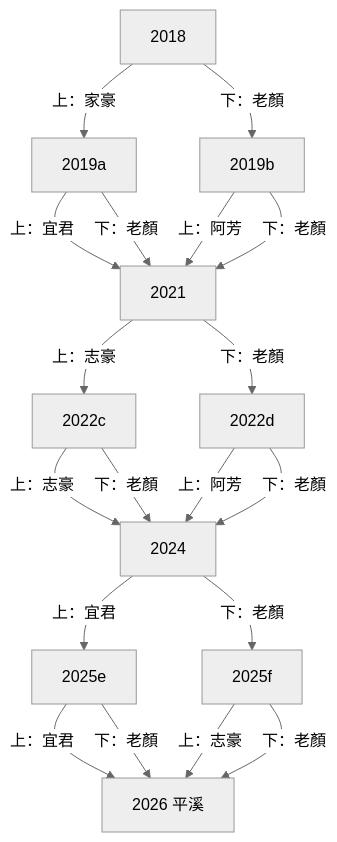
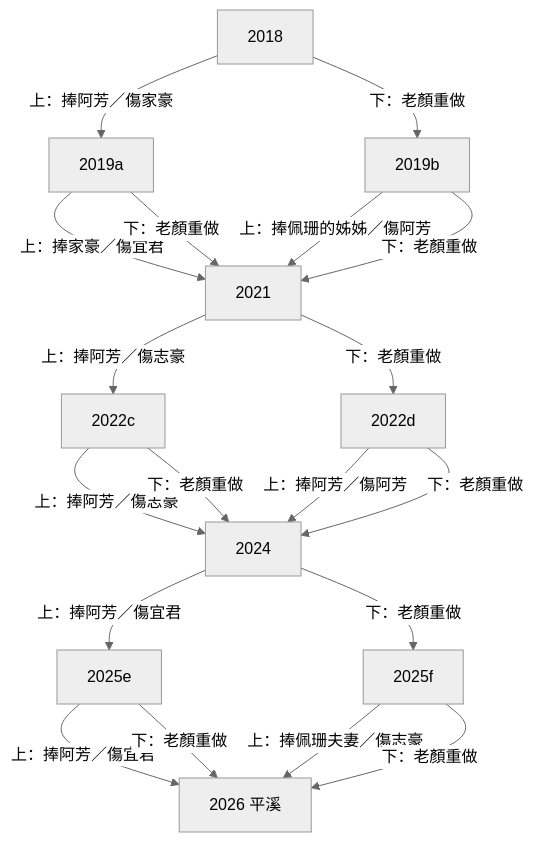
Before and after one commit to lavenhill/baby-bust: the diagram in docs/spec/06-story-causality.md, drawn with Mermaid (neutral theme). The commit also changed other lines of this file, not shown here.

````diff
--- a/docs/spec/06-story-causality.md
+++ b/docs/spec/06-story-causality.md
@@ -33,31 +60,31 @@
 ```mermaid
 flowchart TD
   y2018["2018"]
-  y2018 -- "上：家豪" --> y2019a
-  y2018 -- "下：老顏" --> y2019b
+  y2018 -- "上：捧阿芳／傷家豪" --> y2019a
+  y2018 -- "下：老顏重做" --> y2019b
   y2019a["2019a"]
-  y2019a -- "上：宜君" --> y2021
-  y2019a -- "下：老顏" --> y2021
+  y2019a -- "上：捧家豪／傷宜君" --> y2021
+  y2019a -- "下：老顏重做" --> y2021
   y2019b["2019b"]
-  y2019b -- "上：阿芳" --> y2021
-  y2019b -- "下：老顏" --> y2021
+  y2019b -- "上：捧佩珊的姊姊／傷阿芳" --> y2021
+  y2019b -- "下：老顏重做" --> y2021
   y2021["2021"]
-  y2021 -- "上：志豪" --> y2022c
-  y2021 -- "下：老顏" --> y2022d
+  y2021 -- "上：捧阿芳／傷志豪" --> y2022c
+  y2021 -- "下：老顏重做" --> y2022d
   y2022c["2022c"]
-  y2022c -- "上：志豪" --> y2024
-  y2022c -- "下：老顏" --> y2024
+  y2022c -- "上：捧阿芳／傷志豪" --> y2024
+  y2022c -- "下：老顏重做" --> y2024
   y2022d["2022d"]
-  y2022d -- "上：阿芳" --> y2024
-  y2022d -- "下：老顏" --> y2024
+  y2022d -- "上：捧阿芳／傷阿芳" --> y2024
+  y2022d -- "下：老顏重做" --> y2024
   y2024["2024"]
-  y2024 -- "上：宜君" --> y2025e
-  y2024 -- "下：老顏" --> y2025f
+  y2024 -- "上：捧阿芳／傷宜君" --> y2025e
+  y2024 -- "下：老顏重做" --> y2025f
   y2025e["2025e"]
-  y2025e -- "上：宜君" --> y2026
-  y2025e -- "下：老顏" --> y2026
+  y2025e -- "上：捧阿芳／傷宜君" --> y2026
+  y2025e -- "下：老顏重做" --> y2026
   y2025f["2025f"]
-  y2025f -- "上：志豪" --> y2026
-  y2025f -- "下：老顏" --> y2026
+  y2025f -- "上：捧佩珊夫妻／傷志豪" --> y2026
+  y2025f -- "下：老顏重做" --> y2026
   y2026["2026 平溪"]
 ```
````
